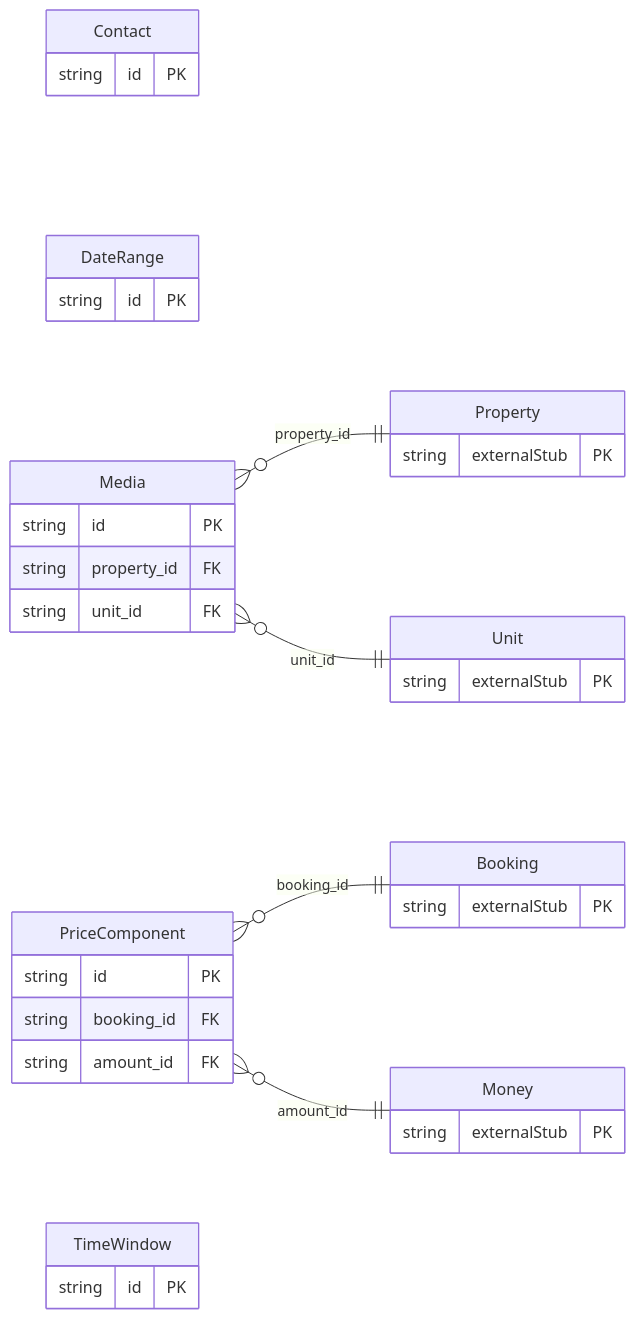
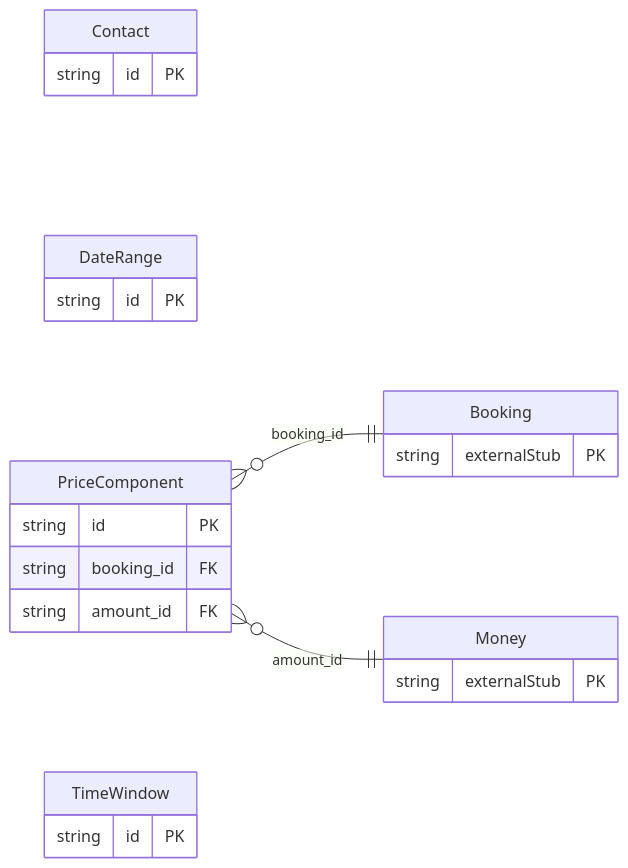
The diagram in protobuf/generated/prisma/freebusy/shared/README.md (oh-tarnished/freebusy), drawn with Mermaid before and after one commit. The commit also changed other lines of this file and 64 other files, not shown here.

First line of the commit message:
feat(database): add unit media subscriptions and create migration for new schemas and tables

````diff
--- a/protobuf/generated/prisma/freebusy/shared/README.md
+++ b/protobuf/generated/prisma/freebusy/shared/README.md
@@ -13,39 +13,26 @@
 ```mermaid
 erDiagram
     direction LR
     Contact {
         string id PK
     }
     DateRange {
         string id PK
-    }
-    Media {
-        string id PK
-        string property_id FK
-        string unit_id FK
     }
     PriceComponent {
         string id PK
         string booking_id FK
         string amount_id FK
     }
     TimeWindow {
         string id PK
     }
     Booking {
         string externalStub PK
     }
     Money {
         string externalStub PK
     }
-    Property {
-        string externalStub PK
-    }
-    Unit {
-        string externalStub PK
-    }
-    Media }o--|| Property : "property_id"
-    Media }o--|| Unit : "unit_id"
     PriceComponent }o--|| Booking : "booking_id"
     PriceComponent }o--|| Money : "amount_id"
 ```
````
